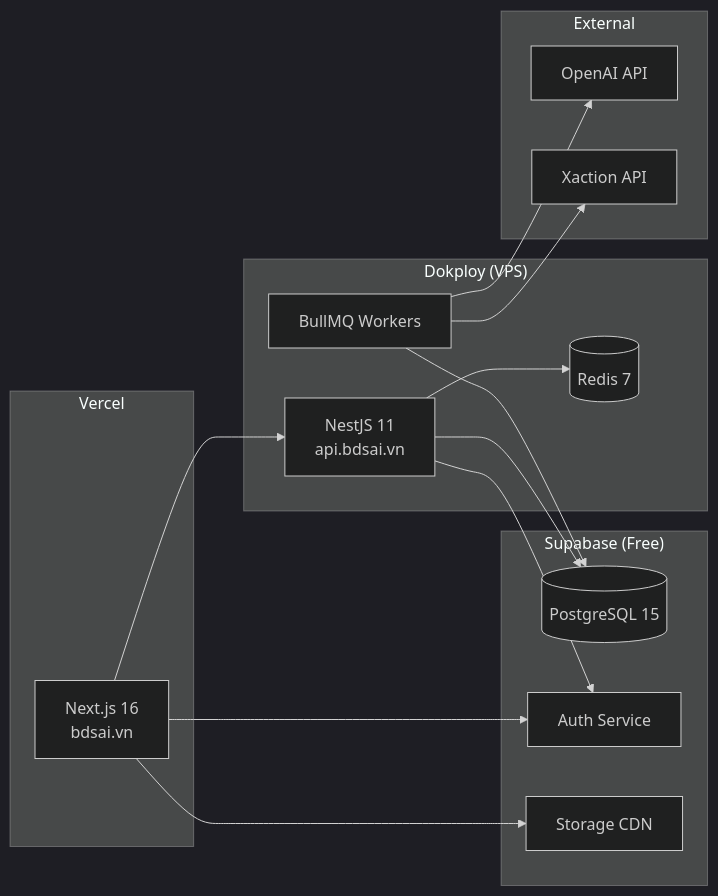
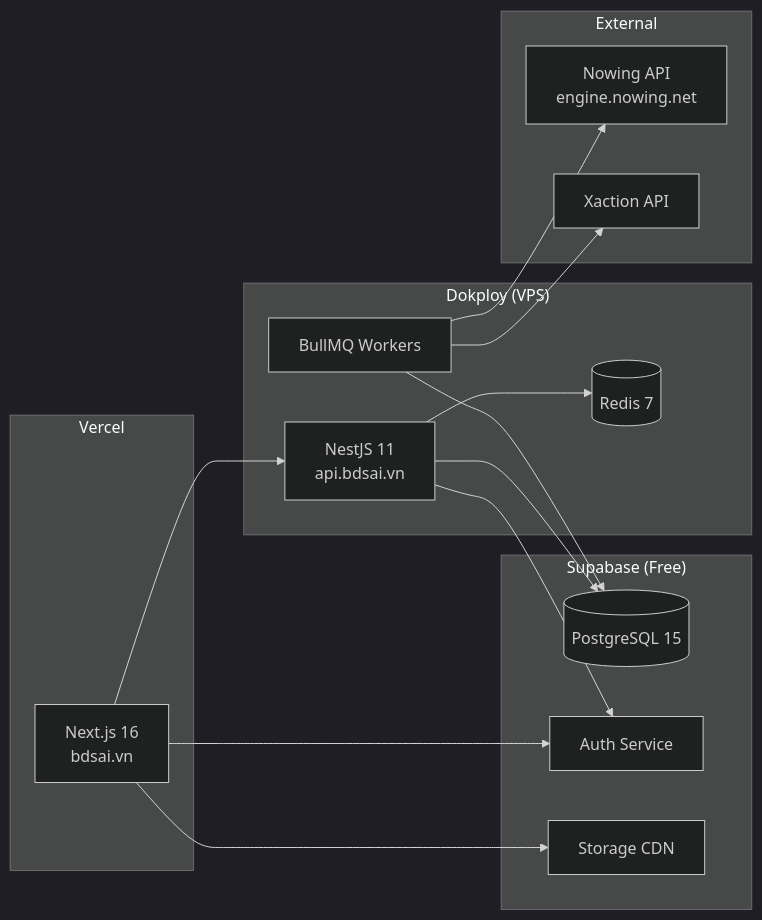
One commit to deptrai/longthanhland changed the fourth of 4 diagrams in docs/bdsai/architecture/ARCHITECTURE-SPINE.md. Above: the diagram before and after it, drawn with Mermaid (dark theme). The commit also changed other lines of this file and 2 other files, not shown here.

First line of the commit message:
fix(architecture): apply architect review fixes for bdsai-nowing boundary

````diff
--- a/docs/bdsai/architecture/ARCHITECTURE-SPINE.md
+++ b/docs/bdsai/architecture/ARCHITECTURE-SPINE.md
@@ -324,33 +355,33 @@
 ```mermaid
 graph LR
     subgraph Vercel
         WEB[Next.js 16<br/>bdsai.vn]
     end
 
     subgraph Dokploy["Dokploy (VPS)"]
         API[NestJS 11<br/>api.bdsai.vn]
         REDIS[(Redis 7)]
         WORKER[BullMQ Workers]
     end
 
     subgraph Supabase_Cloud["Supabase (Free)"]
         PG[(PostgreSQL 15)]
         AUTH[Auth Service]
         STORAGE[Storage CDN]
     end
 
     subgraph External
-        OPENAI[OpenAI API]
+        NOWING[Nowing API<br/>engine.nowing.net]
         XACTION[Xaction API]
     end
 
     WEB --> API
     API --> PG
     API --> REDIS
     API --> AUTH
     WEB --> STORAGE
     WEB --> AUTH
     WORKER --> PG
-    WORKER --> OPENAI
+    WORKER --> NOWING
     WORKER --> XACTION
 ```
````
